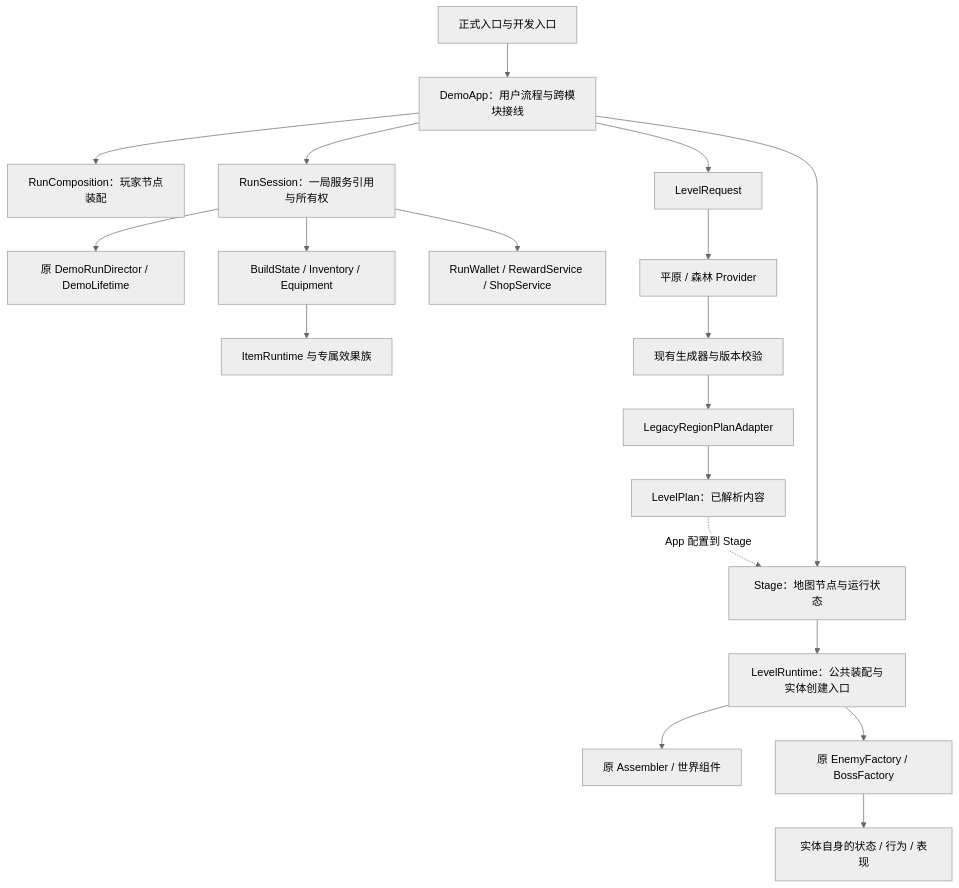
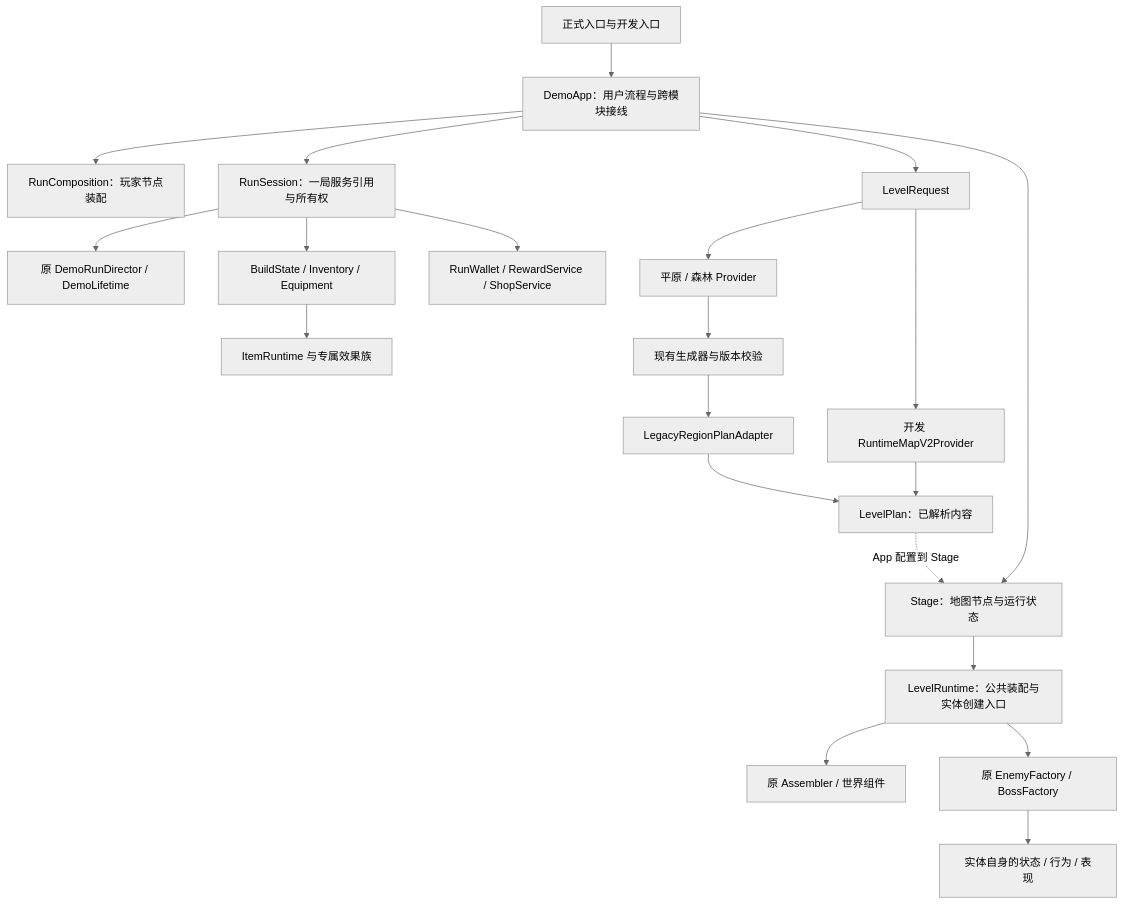
One commit to zhipijun1996/gunman-rush changed the diagram in docs/architecture.md. Above: the diagram before and after it, drawn with Mermaid (neutral theme). The commit also changed other lines of this file and 148 other files, not shown here.

````diff
--- a/docs/architecture.md
+++ b/docs/architecture.md
@@ -9,21 +9,23 @@
 ```mermaid
 flowchart TD
     Entry[正式入口与开发入口] --> App[DemoApp：用户流程与跨模块接线]
     App --> Composition[RunComposition：玩家节点装配]
     App --> Session[RunSession：一局服务引用与所有权]
     Session --> Flow[原 DemoRunDirector / DemoLifetime]
     Session --> Build[BuildState / Inventory / Equipment]
     Session --> Economy[RunWallet / RewardService / ShopService]
     App --> Request[LevelRequest]
     Request --> Provider[平原 / 森林 Provider]
     Provider --> Legacy[现有生成器与版本校验]
     Legacy --> Adapter[LegacyRegionPlanAdapter]
     Adapter --> Plan[LevelPlan：已解析内容]
+    Request --> RuntimeMap[开发 RuntimeMapV2Provider]
+    RuntimeMap --> Plan
     App --> Stage[Stage：地图节点与运行状态]
     Plan -. App 配置到 Stage .-> Stage
     Stage --> Runtime[LevelRuntime：公共装配与实体创建入口]
     Runtime --> Assembler[原 Assembler / 世界组件]
     Runtime --> Factory[原 EnemyFactory / BossFactory]
     Factory --> Entity[实体自身的状态 / 行为 / 表现]
     Build --> Effects[ItemRuntime 与专属效果族]
 ```
````
